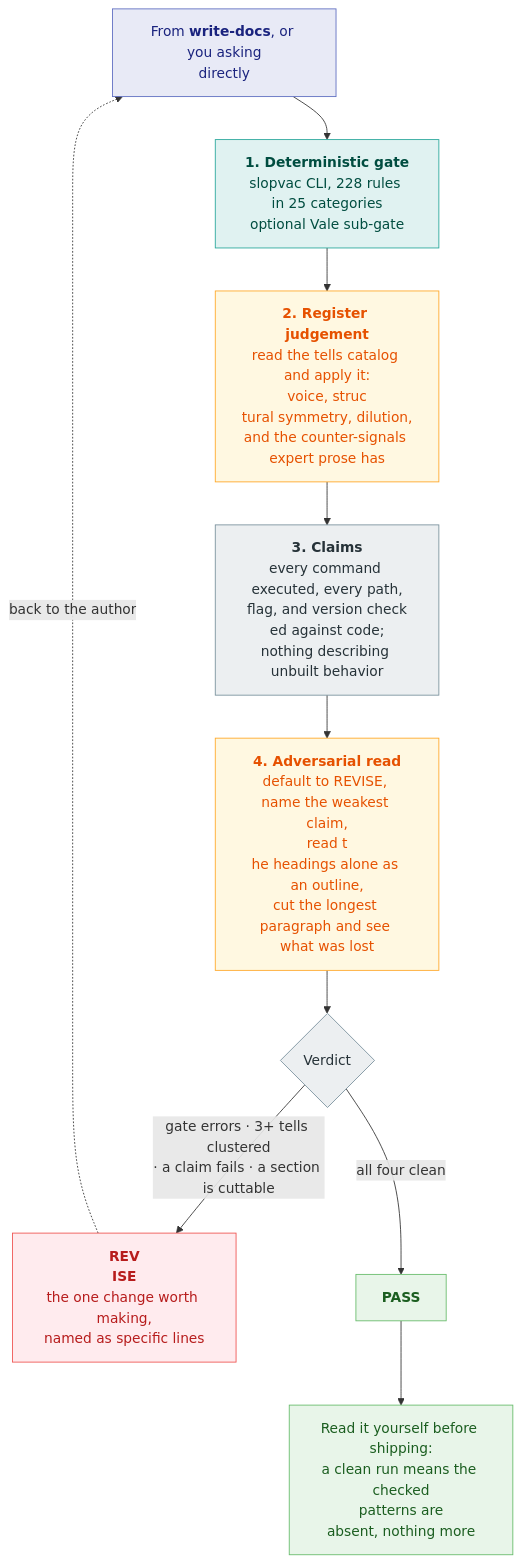
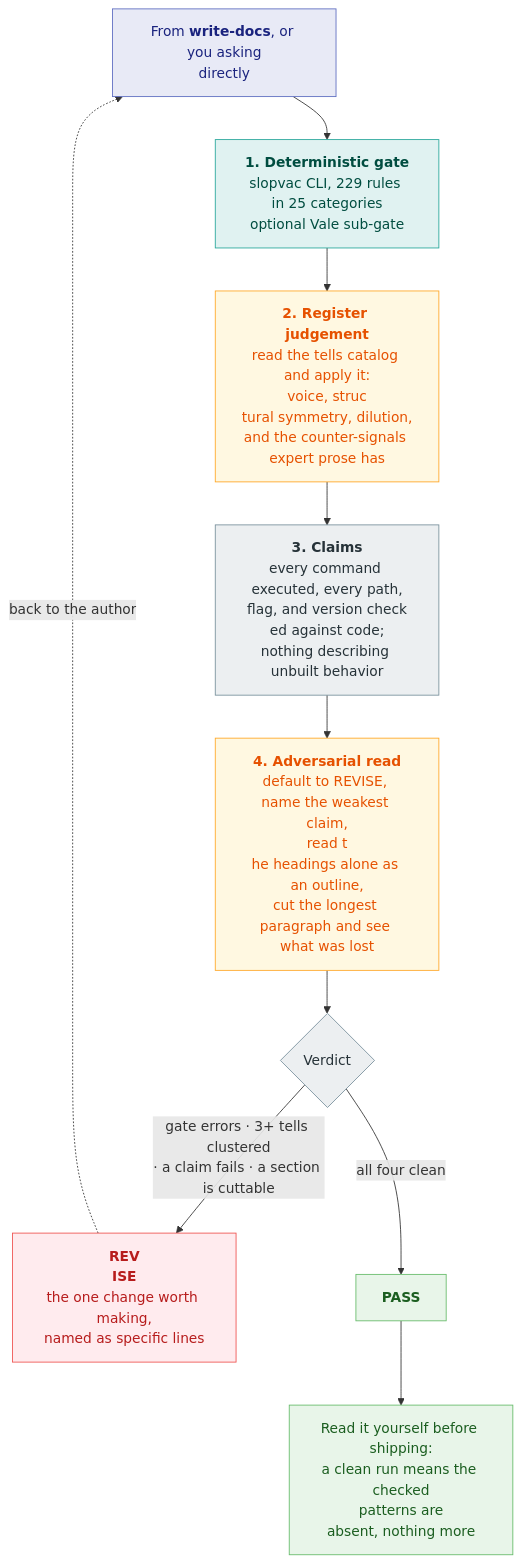
Before and after one commit to srobroek/slopvac: the second of 2 diagrams in README.md, drawn with Mermaid. The commit also changed other lines of this file and 11 other files, not shown here.

````diff
--- a/README.md
+++ b/README.md
@@ -106,41 +106,41 @@
 ```mermaid
 flowchart TD
     IN["From <b>write-docs</b>, or you asking<br/>directly"]
 
     IN --> GATE
 
-    GATE["<b>1. Deterministic gate</b><br/>slopvac CLI, 228 rules in 25 categories<br/>optional Vale sub-gate"]
+    GATE["<b>1. Deterministic gate</b><br/>slopvac CLI, 229 rules in 25 categories<br/>optional Vale sub-gate"]
 
     GATE --> REG["<b>2. Register judgement</b><br/>read the tells catalog and apply it:<br/>voice, struc
 tural symmetry, dilution,<br/>and the counter-signals expert prose has"]
 
     REG --> CLAIMS["<b>3. Claims</b><br/>every command executed, every path,<br/>flag, and version check
 ed against code;<br/>nothing describing unbuilt behavior"]
 
     CLAIMS --> CUT["<b>4. Adversarial read</b><br/>default to REVISE, name the weakest claim,<br/>read t
 he headings alone as an outline,<br/>cut the longest paragraph and see what was lost"]
 
     CUT --> V{"Verdict"}
 
     V -->|"gate errors · 3+ tells clustered<br/>· a claim fails · a section is cuttable"| REVISE["<b>REV
 ISE</b><br/>the one change worth making,<br/>named as specific lines"]
     V -->|"all four clean"| PASS["<b>PASS</b>"]
 
     REVISE -.->|back to the author| IN
     PASS --> SHIP["Read it yourself before shipping:<br/>a clean run means the checked<br/>patterns are
 absent, nothing more"]
 
     classDef you fill:#e8eaf6,stroke:#5c6bc0,color:#1a237e
     classDef det fill:#e0f2f1,stroke:#26a69a,color:#004d40
     classDef jud fill:#fff8e1,stroke:#ffa726,color:#e65100
     classDef work fill:#eceff1,stroke:#78909c,color:#263238
     classDef bad fill:#ffebee,stroke:#ef5350,color:#b71c1c
     classDef good fill:#e8f5e9,stroke:#66bb6a,color:#1b5e20
 
     class IN you
     class GATE det
     class REG,CUT jud
     class CLAIMS,V work
     class REVISE bad
     class PASS,SHIP good
 ```
````
